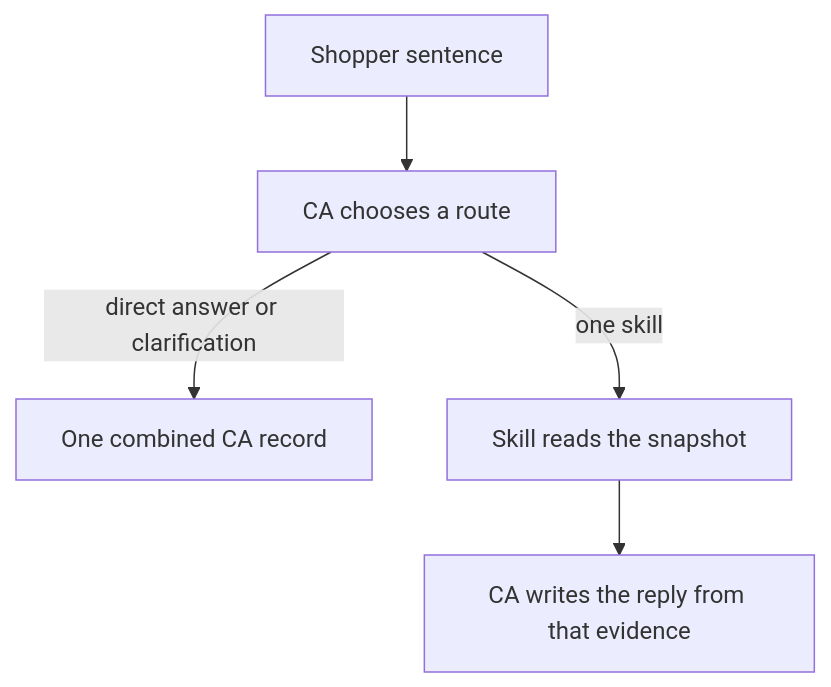
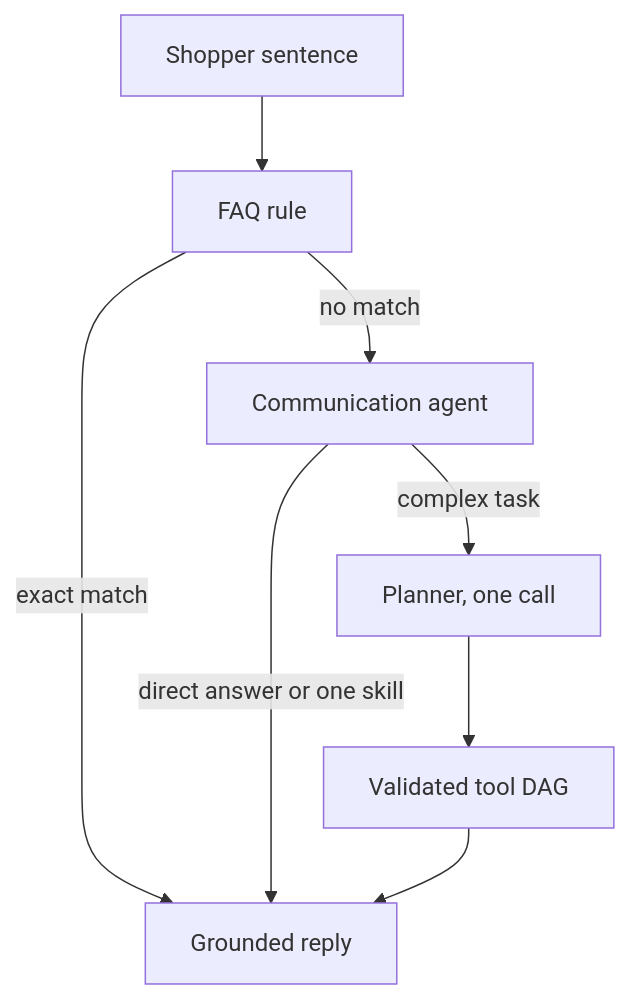
One commit to HongleiYu/ShoppingAssistant changed the diagram in README.md. Above: the diagram before and after it, drawn with Mermaid. The commit also changed other lines of this file and 26 other files, not shown here.

First line of the commit message:
Route simple FAQs before the agents and plan once.

````diff
--- a/README.md
+++ b/README.md
@@ -61,7 +32,10 @@
 ```mermaid
 flowchart TD
-  shopper[Shopper sentence] --> ca[CA chooses a route]
-  ca -->|direct answer or clarification| once[One combined CA record]
-  ca -->|one skill| tool[Skill reads the snapshot]
-  tool --> answer[CA writes the reply from that evidence]
+  shopper[Shopper sentence] --> rule[FAQ rule]
+  rule -->|exact match| reply[Grounded reply]
+  rule -->|no match| ca[Communication agent]
+  ca -->|direct answer or one skill| reply
+  ca -->|complex task| pa[Planner, one call]
+  pa --> dag[Validated tool DAG]
+  dag --> reply
 ```
````
